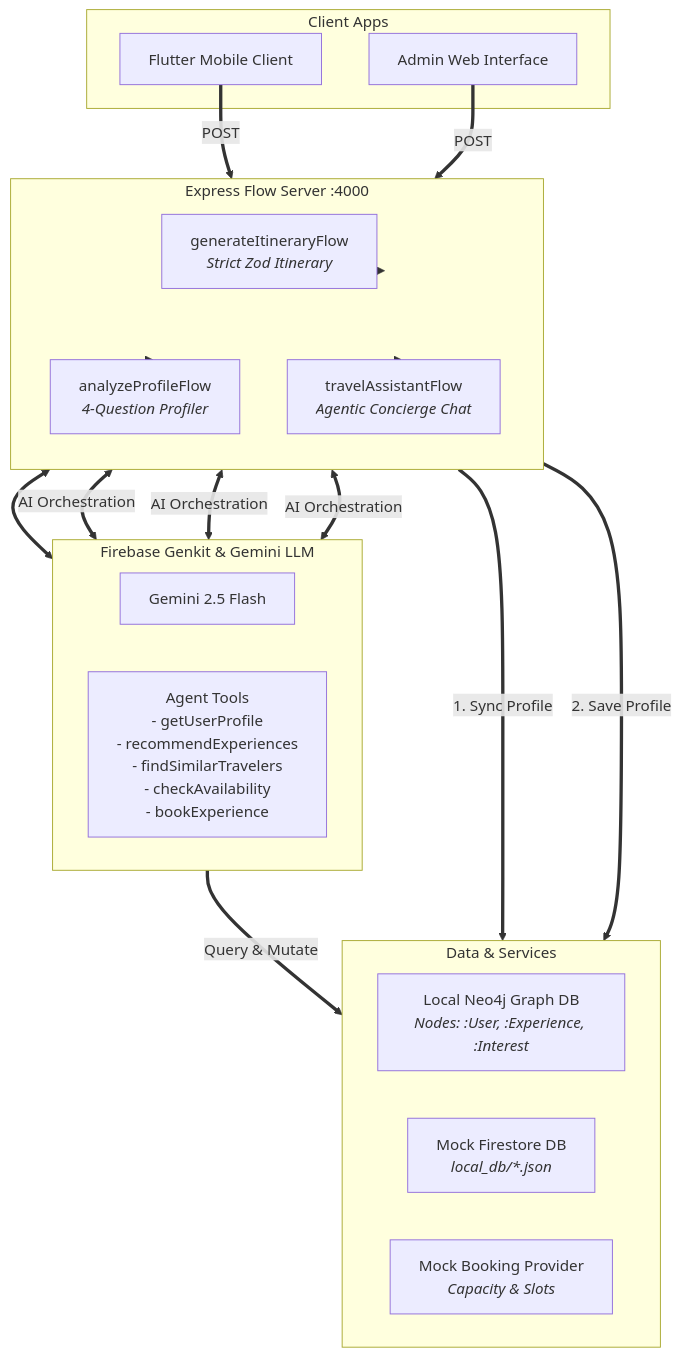
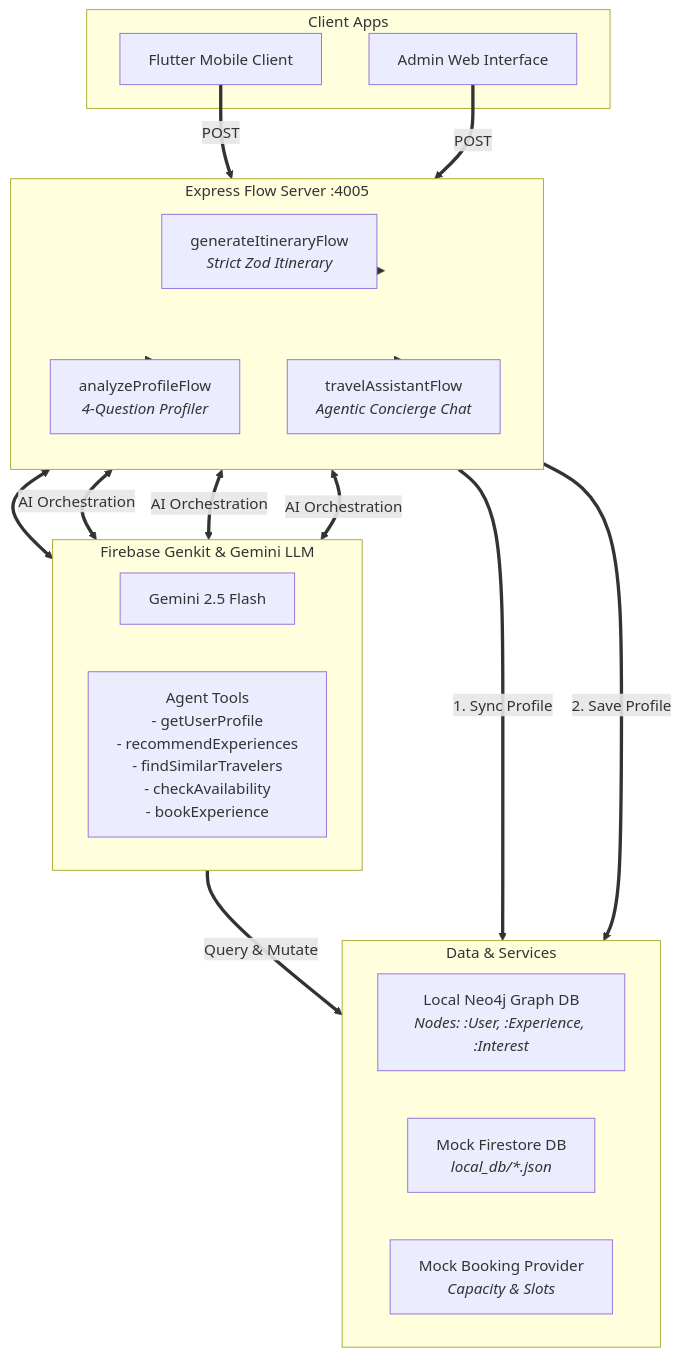
The diagram in README.md (erdometo/travelanatolia-core), drawn with Mermaid before and after one commit. The commit also changed other lines of this file, not shown here.

First line of the commit message:
feat: port migration to 4005, Genkit v1.x type fix, self-healing graph fallbacks

````diff
--- a/README.md
+++ b/README.md
@@ -23,40 +23,40 @@
 ```mermaid
 flowchart TB
     %% Client Layer
     subgraph Client [Client Apps]
         Mobile[Flutter Mobile Client]
         Web[Admin Web Interface]
     end
 
     %% API Flow Server
-    subgraph Server [Express Flow Server :4000]
+    subgraph Server [Express Flow Server :4005]
         direction TB
         F1[generateItineraryFlow<br/><i>Strict Zod Itinerary</i>]
         F2[analyzeProfileFlow<br/><i>4-Question Profiler</i>]
         F3[travelAssistantFlow<br/><i>Agentic Concierge Chat</i>]
     end
 
     %% Genkit Framework
     subgraph Genkit [Firebase Genkit & Gemini LLM]
         direction LR
         Gemini[Gemini 2.5 Flash]
         Tools[Agent Tools<br/>- getUserProfile<br/>- recommendExperiences<br/>- findSimilarTravelers<br/>- checkAvailability<br/>- bookExperience]
     end
 
     %% Persistence Layers
     subgraph Databases [Data & Services]
         direction LR
         Neo4j[Local Neo4j Graph DB<br/><i>Nodes: :User, :Experience, :Interest</i>]
         FirestoreMock[Mock Firestore DB<br/><i>local_db/*.json</i>]
         Provider[Mock Booking Provider<br/><i>Capacity & Slots</i>]
     end
 
     %% Relations
     Mobile & Web ==>|POST| Server
     Server --> F1 & F2 & F3
     F1 & F2 & F3 <==>|AI Orchestration| Genkit
     F3 <==> Tools
     F2 ==>|1. Sync Profile| Neo4j
     F2 ==>|2. Save Profile| FirestoreMock
     Tools ==>|Query & Mutate| Databases
 ```
````
